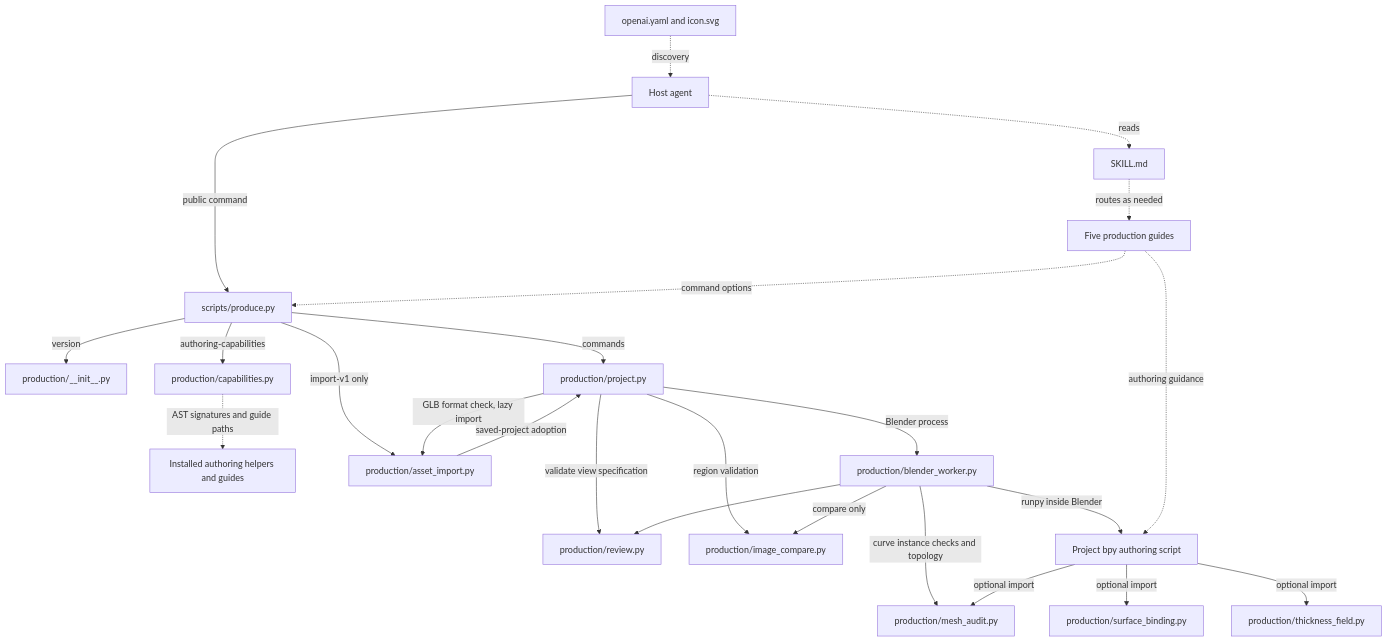
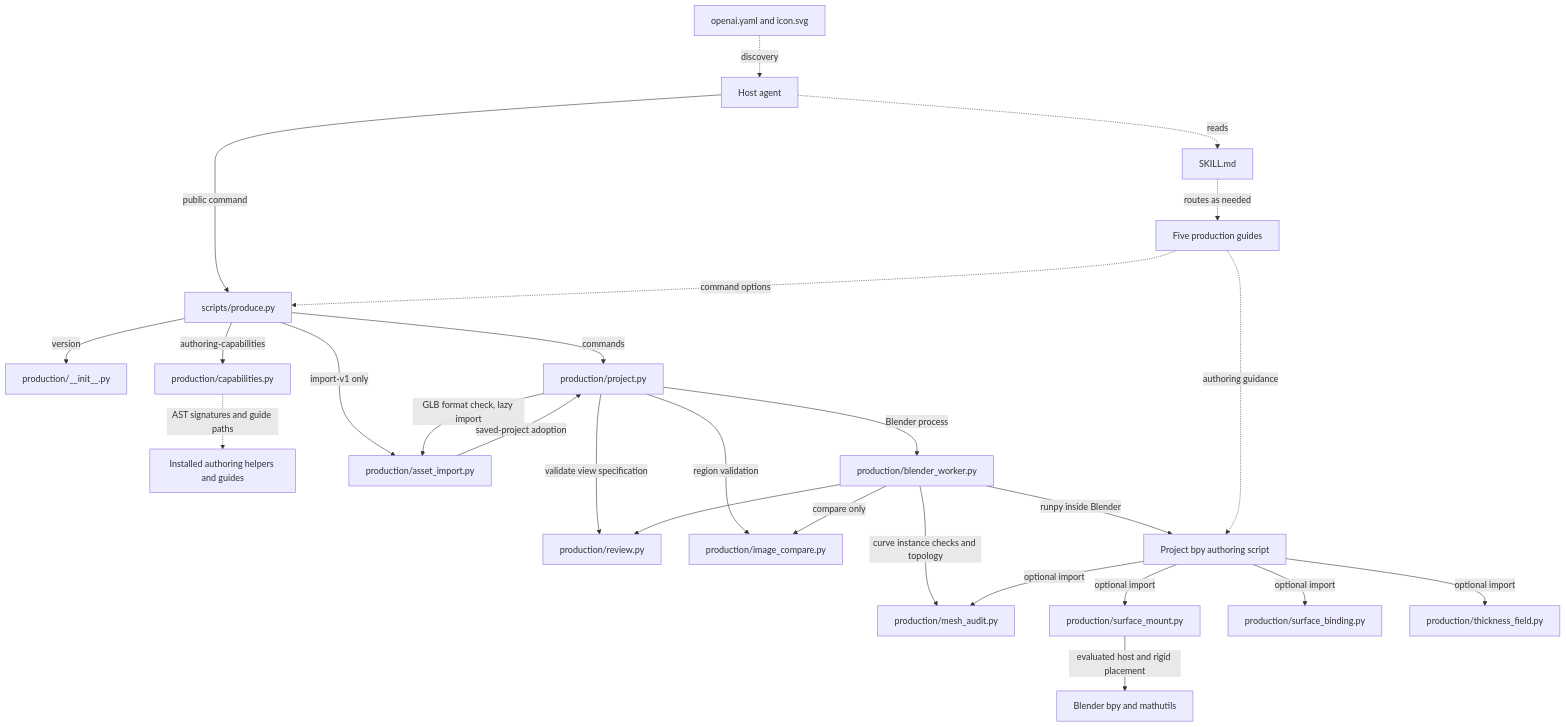
The diagram in docs/development/refas-2-skill-map.md (ictseoyoungmin/refas), drawn with Mermaid before and after one commit. The commit also changed other lines of this file and 16 other files, not shown here.

Commit message:
feat: mount rigid details on evaluated surfaces

````diff
--- a/docs/development/refas-2-skill-map.md
+++ b/docs/development/refas-2-skill-map.md
@@ -22,28 +22,30 @@
 ```mermaid
 flowchart TD
     Discovery["openai.yaml and icon.svg"] -. "discovery" .-> Agent["Host agent"]
     Agent -. "reads" .-> Skill["SKILL.md"]
     Skill -. "routes as needed" .-> Guides["Five production guides"]
     Agent -- "public command" --> CLI["scripts/produce.py"]
     Guides -. "command options" .-> CLI
 
     CLI -- "version" --> Identity["production/__init__.py"]
     CLI -- "authoring-capabilities" --> Catalogue["production/capabilities.py"]
     Catalogue -. "AST signatures and guide paths" .-> Helpers["Installed authoring helpers and guides"]
     CLI -- "commands" --> Project["production/project.py"]
     CLI -- "import-v1 only" --> Import["production/asset_import.py"]
     Project -- "GLB format check, lazy import" --> Import
     Import -- "saved-project adoption" --> Project
 
     Project -- "validate view specification" --> Review["production/review.py"]
     Project -- "Blender process" --> Worker["production/blender_worker.py"]
     Worker --> Review
     Project -- "region validation" --> Comparison["production/image_compare.py"]
     Worker -- "compare only" --> Comparison
     Worker -- "curve instance checks and topology" --> Audit["production/mesh_audit.py"]
     Worker -- "runpy inside Blender" --> Script["Project bpy authoring script"]
     Guides -. "authoring guidance" .-> Script
     Script -- "optional import" --> Audit
+    Script -- "optional import" --> Mount["production/surface_mount.py"]
+    Mount -- "evaluated host and rigid placement" --> Blender["Blender bpy and mathutils"]
     Script -- "optional import" --> Binding["production/surface_binding.py"]
     Script -- "optional import" --> Thickness["production/thickness_field.py"]
 ```
````
